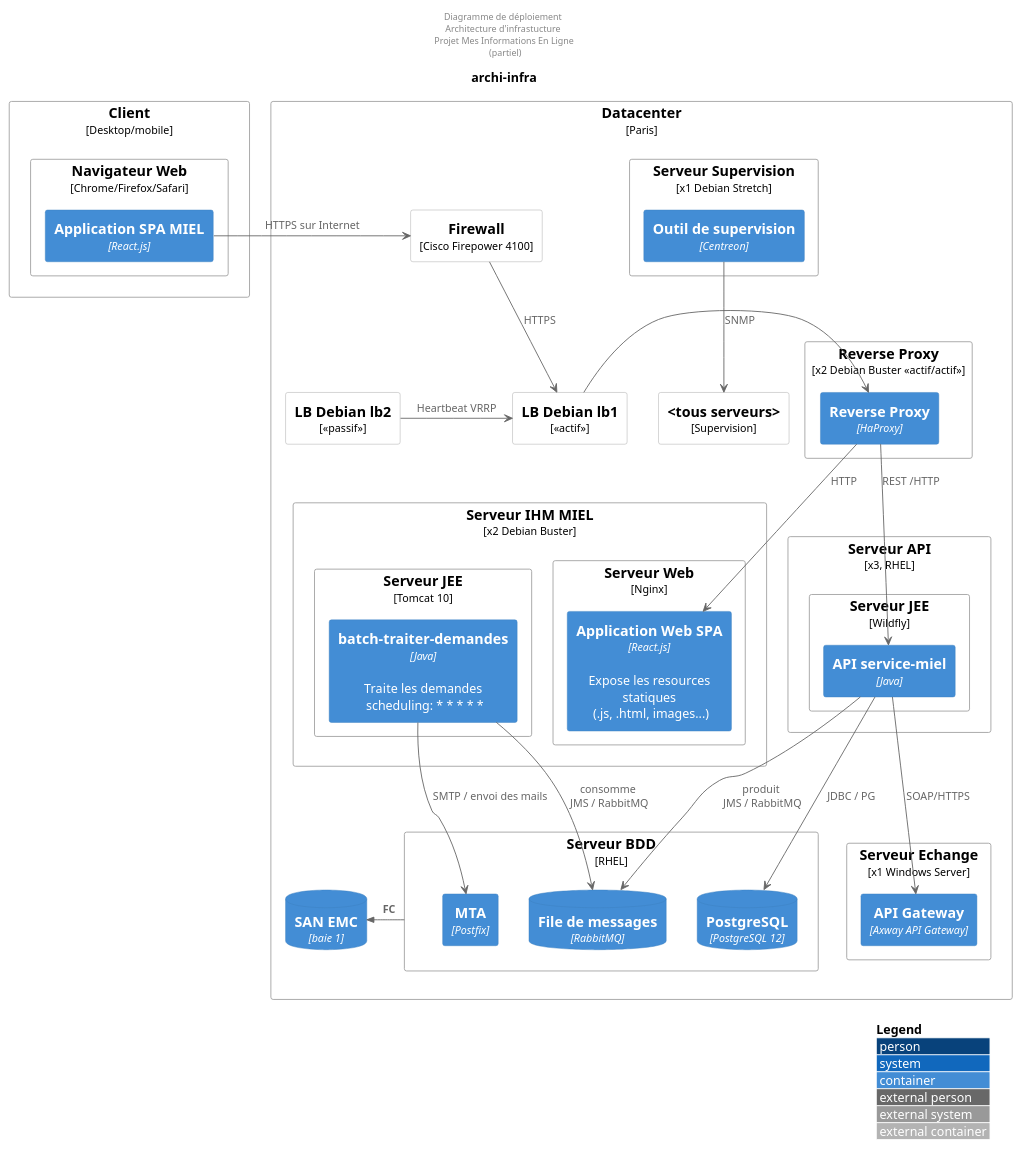
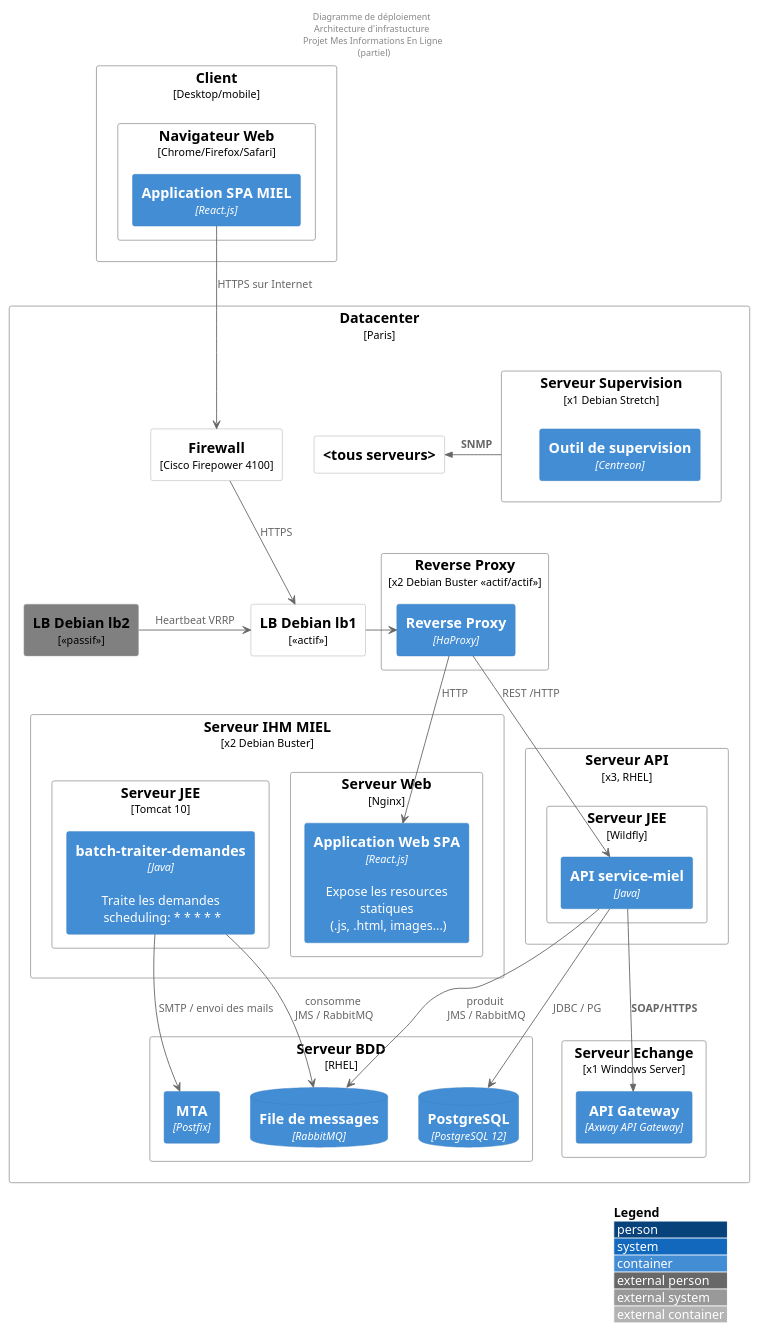
One commit to bflorat/modele-da changed the diagram in diagrammes/archi-infra.puml. Above: the diagram before and after it, drawn with PlantUML. The commit also changed 18 other files, not shown here.

Commit message:
feat: cleanup diagrammes, montée de version C4-plantuml

```diff
--- a/diagrammes/archi-infra.puml
+++ b/diagrammes/archi-infra.puml
@@ -1,70 +1,71 @@
-@startuml
-!include C4/C4_Deployment.puml
-title archi-infra
+@startuml archi-infra
+!include <C4/C4_Deployment>
 header Diagramme de déploiement \nArchitecture d'infrastucture \n Projet Mes Informations En Ligne \n (partiel)
 LAYOUT_WITH_LEGEND()
+
+AddElementTag("passif", $bgColor="grey")
+
 
 Node("client","Client","Desktop/mobile"){
   Node("nav1","Navigateur Web","Chrome/Firefox/Safari"){
     Container("spa","Application SPA MIEL","React.js")
   }
 }
 
 Node("dc","Datacenter","Paris"){
+
     Node("r2","Firewall","Cisco Firepower 4100")
     Node("lb1","LB Debian lb1","<<actif>>")
-    Node("lb2","LB Debian lb2","<<passif>>")
+    Node("lb2","LB Debian lb2","<<passif>>",$tags='passif')
 
     Node("rp1","Reverse Proxy","x2 Debian Buster <<actif/actif>>"){
       Container("ha1","Reverse Proxy","HaProxy")
     }
 
     Node("serveur_ihm", "Serveur IHM MIEL","x2 Debian Buster") { 
       Node("sw1","Serveur Web","Nginx"){
         Container("ihms1","Application Web SPA","React.js","Expose les resources statiques\n (.js, .html, images...)")
       }
       Node("tomcat_batchs1","Serveur JEE","Tomcat 10"){
         Container("batch1","batch-traiter-demandes","Java","Traite les demandes\n scheduling: * * * * *")
       }
     }
 
     Node("serveur_api","Serveur API","x3, RHEL") { 
       Node("wilfly1","Serveur JEE","Wildfly") {
         Container("api1","API service-miel","Java")        
       }
     }
 
     Node("bdd1", "Serveur BDD","RHEL")  { 
       ContainerDb("pg1","PostgreSQL","PostgreSQL 12")
       ContainerDb("mq1", "File de messages", "RabbitMQ")
       Container("mail1","MTA","Postfix")
     }
 
+    Node("tous_serveurs","<tous serveurs>")
     Node("serveur_sup1", "Serveur Supervision","x1 Debian Stretch") {
       Container("sup1","Outil de supervision","Centreon")      
     }
 
     Node("ech1","Serveur Echange","x1 Windows Server") {
       Container("gw1","API Gateway","Axway API Gateway")    
     }
-
-    ContainerDb("baie1","SAN EMC","baie 1")
-    Node("tous_serveurs","<tous serveurs>","Supervision")
+   
 }
 
-spa -> r2 : HTTPS sur Internet
+spa --> r2 : HTTPS sur Internet
 r2 --> lb1 : HTTPS
 lb2 -> lb1 : Heartbeat VRRP
 lb1 -> ha1
 ha1 --> ihms1 : HTTP
 api1 --> mq1 : produit\n JMS / RabbitMQ
 batch1 -->  mq1 : consomme\n JMS / RabbitMQ
 api1 -->  pg1 : JDBC / PG
 batch1 -->  mail1 : SMTP / envoi des mails
-api1 -->  gw1 : SOAP/HTTPS
+Rel("api1","gw1","SOAP/HTTPS")
 ha1 --> api1 : REST /HTTP
-sup1 --> tous_serveurs : SNMP
+Rel_L("serveur_sup1","tous_serveurs","SNMP")
 
-Rel_Left("bdd1","baie1","FC")
 
 @enduml
```
